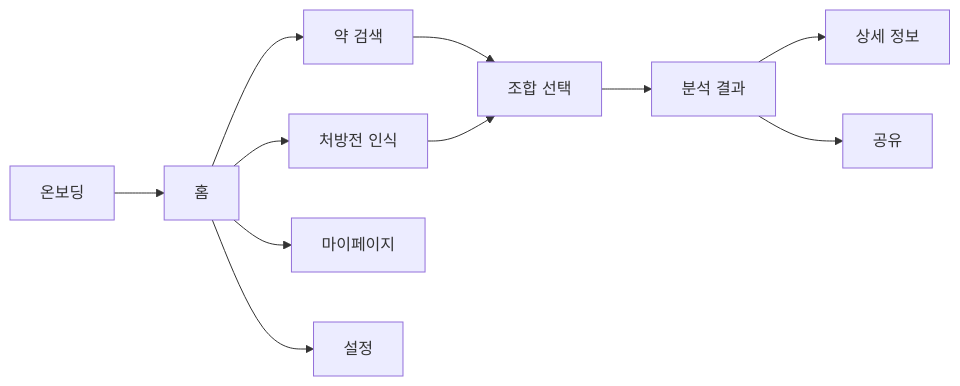
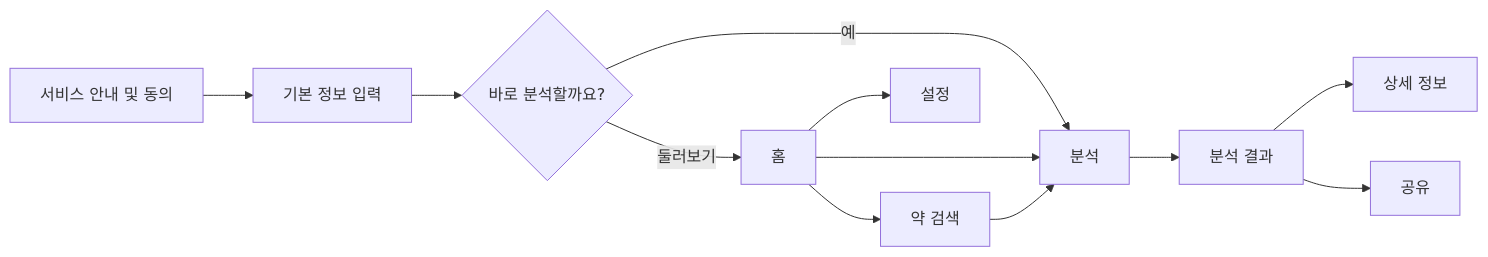
The diagram in README.md (GDSC-DGU/2026-SDGs-Project-Yakjosim-FE), drawn with Mermaid before and after one commit. The commit also changed other lines of this file and 7 other files, not shown here.

````diff
--- a/README.md
+++ b/README.md
@@ -66,13 +66,14 @@
 ```mermaid
 flowchart LR
-    A[온보딩] --> B[홈]
-    B --> C[약 검색]
-    B --> D[처방전 인식]
-    C --> E[조합 선택]
-    D --> E
-    E --> F[분석 결과]
-    F --> G[상세 정보]
-    F --> H[공유]
-    B --> I[마이페이지]
-    B --> J[설정]
+    A[서비스 안내 및 동의] --> B[기본 정보 입력]
+    B --> C{바로 분석할까요?}
+    C -->|예| D[분석]
+    C -->|둘러보기| E[홈]
+    E --> F[약 검색]
+    E --> D
+    F --> D
+    D --> G[분석 결과]
+    G --> H[상세 정보]
+    G --> I[공유]
+    E --> J[설정]
 ```
````
